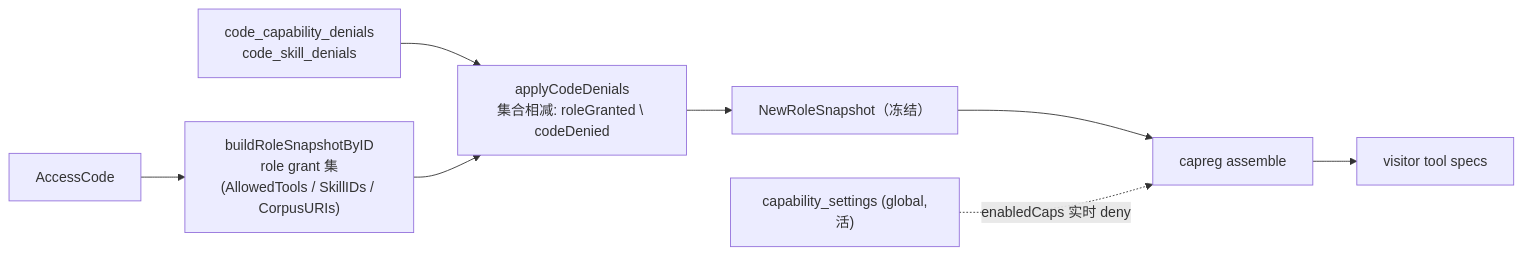
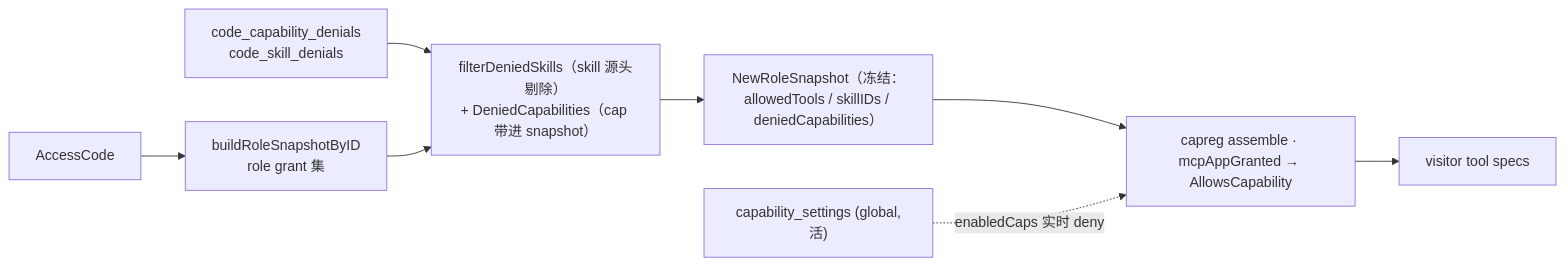
One commit to atmaxmoj/standmeet changed the diagram in docs/design/capability-acl-hierarchy.md. Above: the diagram before and after it, drawn with Mermaid. The commit also changed other lines of this file and 19 other files, not shown here.

First line of the commit message:
feat(acl): code-deny layer for the global/role/code capability hierarchy

````diff
--- a/docs/design/capability-acl-hierarchy.md
+++ b/docs/design/capability-acl-hierarchy.md
@@ -130,10 +136,10 @@
 ```mermaid
 flowchart LR
-  code["AccessCode"] --> roleGrant["buildRoleSnapshotByID<br/>role grant 集<br/>(AllowedTools / SkillIDs / CorpusURIs)"]
-  ovr["code_capability_denials<br/>code_skill_denials"] --> merge
-  roleGrant --> merge["applyCodeDenials<br/>集合相减: roleGranted \ codeDenied"]
-  merge --> snap["NewRoleSnapshot（冻结）"]
-  snap --> gate["capreg assemble"]
+  code["AccessCode"] --> roleGrant["buildRoleSnapshotByID<br/>role grant 集"]
+  dn["code_capability_denials<br/>code_skill_denials"] --> merge
+  roleGrant --> merge["filterDeniedSkills（skill 源头剔除）<br/>+ DeniedCapabilities（cap 带进 snapshot）"]
+  merge --> snap["NewRoleSnapshot（冻结：allowedTools / skillIDs / deniedCapabilities）"]
+  snap --> gate["capreg assemble · mcpAppGranted → AllowsCapability"]
   gset["capability_settings (global,活)"] -.->|enabledCaps 实时 deny| gate
   gate --> tools["visitor tool specs"]
 ```
````
